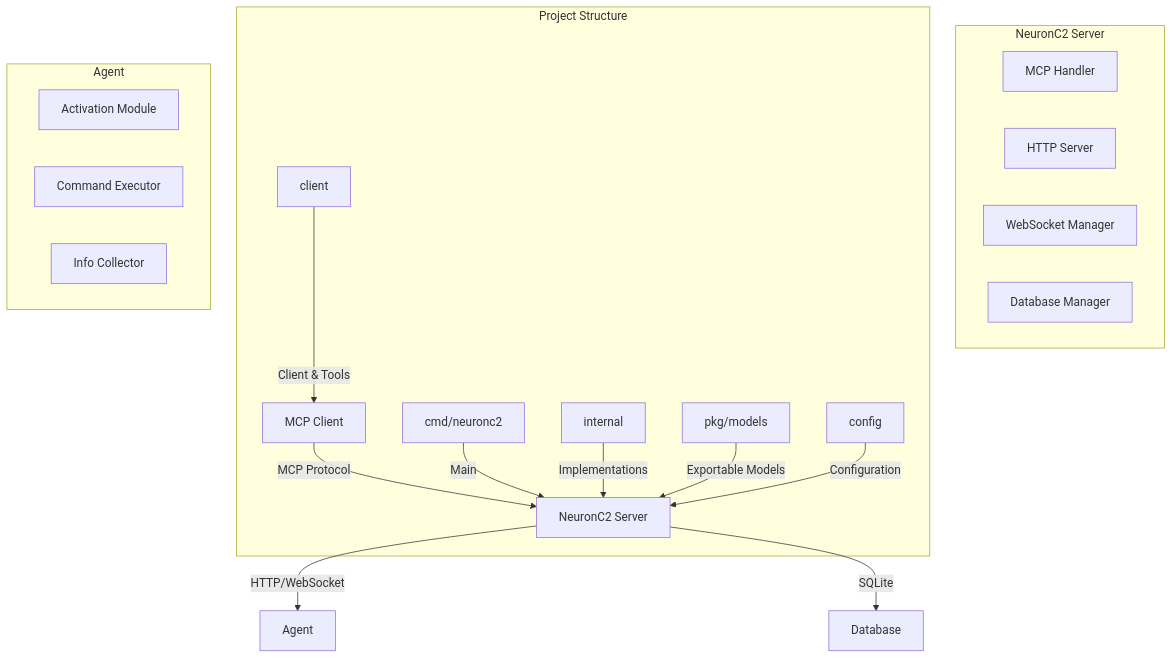
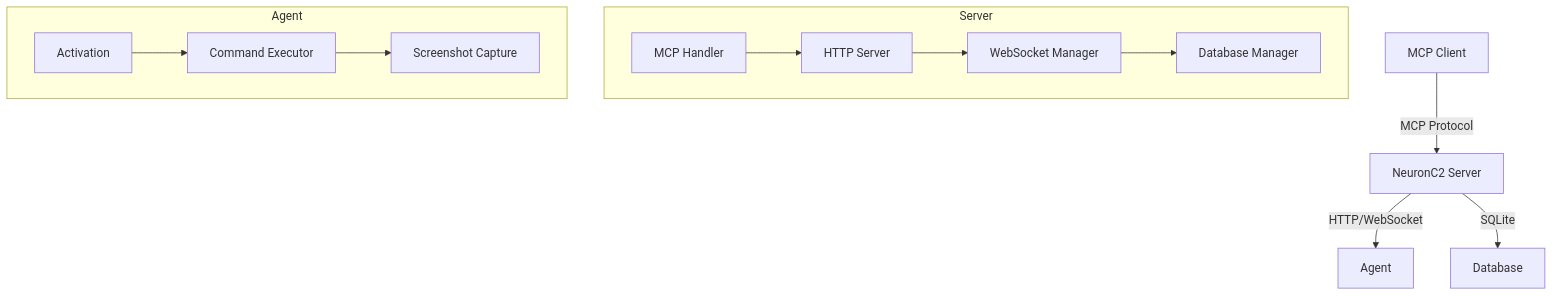
The diagram in README.md (3xploit666/neuronc2.1), drawn with Mermaid before and after one commit. The commit also changed other lines of this file, not shown here.

Commit message:
Rewrite README: clean structure, consistent badges, MCP tools table, blog link

````diff
--- a/README.md
+++ b/README.md
@@ -41,27 +38,17 @@
 ```mermaid
 graph TD
     A[MCP Client] -->|MCP Protocol| B[NeuronC2 Server]
     B -->|HTTP/WebSocket| C[Agent]
     B -->|SQLite| D[Database]
     
-    subgraph "NeuronC2 Server"
-        B1[MCP Handler]
-        B2[HTTP Server]
-        B3[WebSocket Manager]
-        B4[Database Manager]
+    subgraph Server
+        B1[MCP Handler] --> B2[HTTP Server]
+        B2 --> B3[WebSocket Manager]
+        B3 --> B4[Database Manager]
     end
     
-    subgraph "Project Structure"
-        E1[cmd/neuronc2] -->|Main| B
-        E2[internal] -->|Implementations| B
-        E3[pkg/models] -->|Exportable Models| B
-        E4[client] -->|Client & Tools| A
-        E5[config] -->|Configuration| B
-    end
-    
-    subgraph "Agent"
-        C1[Activation Module]
-        C2[Command Executor]
-        C4[Info Collector]
+    subgraph Agent
+        C1[Activation] --> C2[Command Executor]
+        C2 --> C3[Screenshot Capture]
     end
 ```
````
